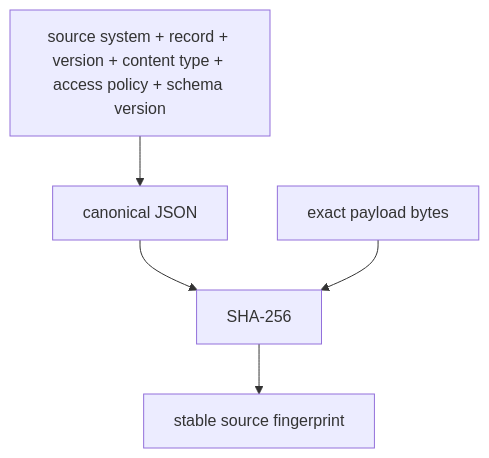
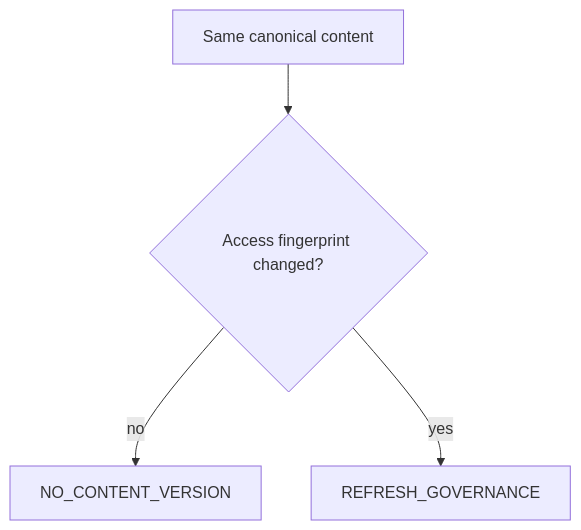
The fourth of 7 diagrams in docs/architecture/KNOWLEDGE_MODEL.md (kumarchandansingh/tropos), drawn with Mermaid before and after one commit. The commit also changed other lines of this file and 23 other files, not shown here.

````diff
--- a/docs/architecture/KNOWLEDGE_MODEL.md
+++ b/docs/architecture/KNOWLEDGE_MODEL.md
@@ -103,9 +110,7 @@
 ```mermaid
-flowchart TB
-    Metadata[source system + record + version + content type + access policy + schema version]
-    Payload[exact payload bytes]
-    Metadata --> Canon[canonical JSON]
-    Canon --> Hash[SHA-256]
-    Payload --> Hash
-    Hash --> FP[stable source fingerprint]
+flowchart TD
+    Candidate[Same canonical content]
+    --> ACL{Access fingerprint changed?}
+    ACL -- no --> Same[NO_CONTENT_VERSION]
+    ACL -- yes --> Refresh[REFRESH_GOVERNANCE]
 ```
````
